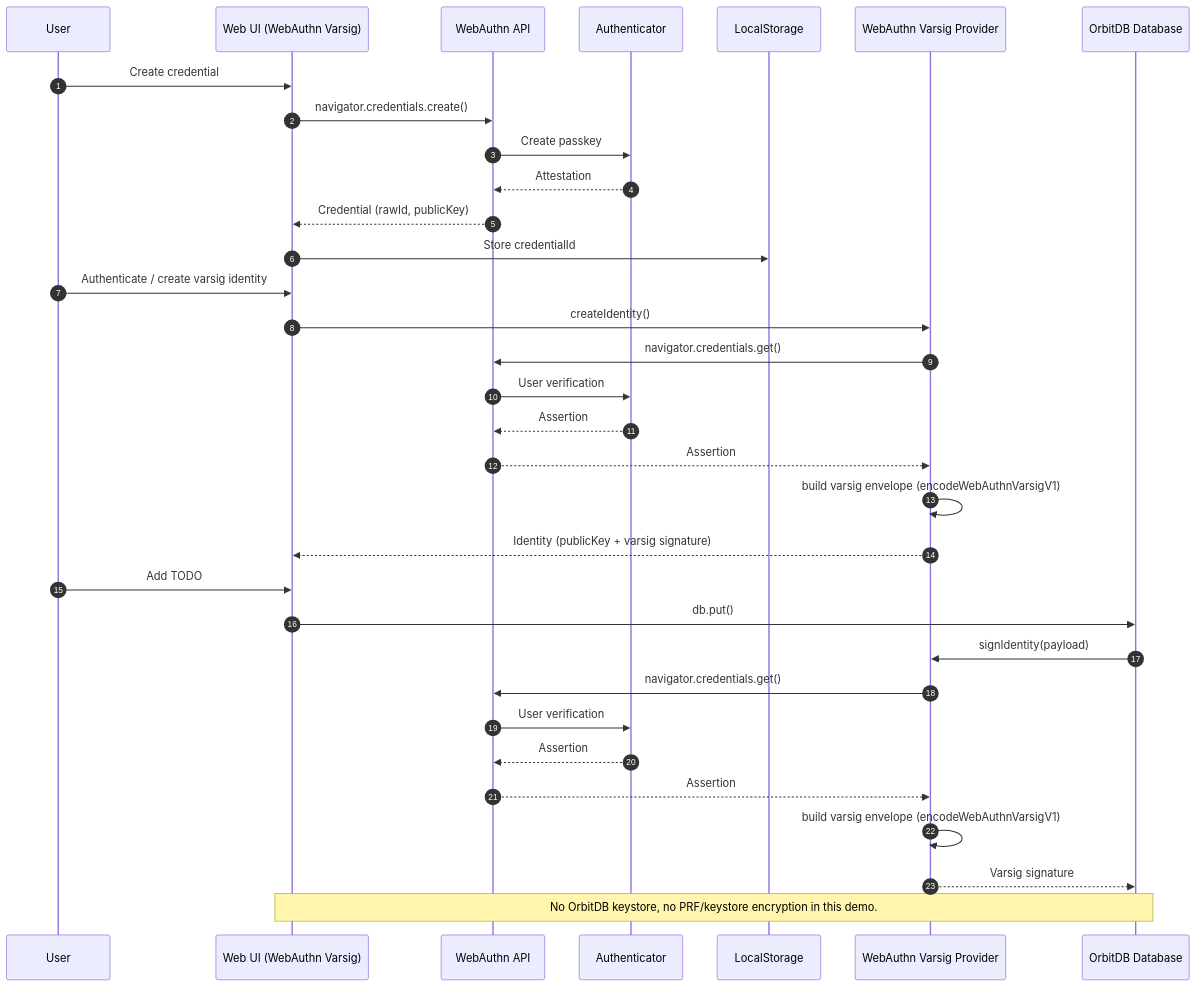
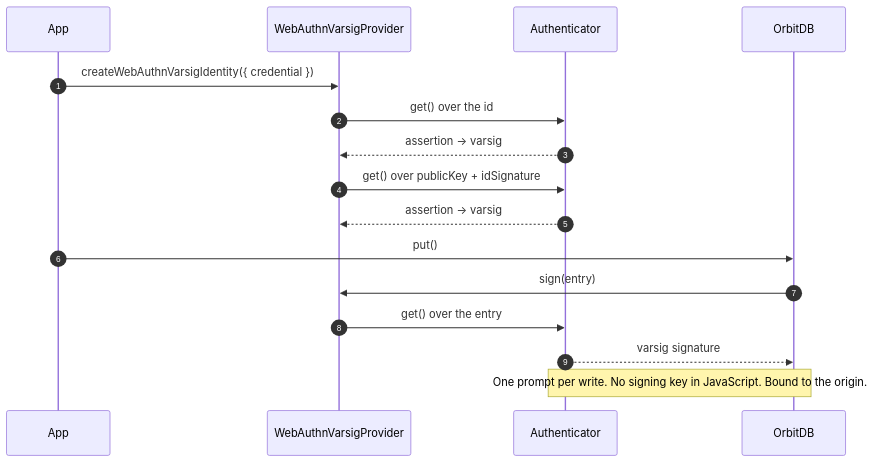
The third of 3 diagrams in docs/EXAMPLE-SEQUENCES.md (Le-Space/orbitdb-identity-provider-webauthn-did), drawn with Mermaid before and after one commit. The commit also changed other lines of this file and 28 other files, not shown here.

First line of the commit message:
refactor(examples): one module per option, and the scripts that never ran are gone (#57)

````diff
--- a/docs/EXAMPLE-SEQUENCES.md
+++ b/docs/EXAMPLE-SEQUENCES.md
@@ -217,39 +90,19 @@
 ```mermaid
 sequenceDiagram
   autonumber
-  participant User
-  participant App as Web UI (WebAuthn Varsig)
-  participant WebAuthn as WebAuthn API
+  participant App
+  participant Prov as WebAuthnVarsigProvider
   participant Auth as Authenticator
-  participant LS as LocalStorage
-  participant Prov as WebAuthn Varsig Provider
-  participant DB as OrbitDB Database
+  participant DB as OrbitDB
 
-  User->>App: Create credential
-  App->>WebAuthn: navigator.credentials.create()
-  WebAuthn->>Auth: Create passkey
-  Auth-->>WebAuthn: Attestation
-  WebAuthn-->>App: Credential (rawId, publicKey)
-  App->>LS: Store credentialId
-
-  User->>App: Authenticate / create varsig identity
-  App->>Prov: createIdentity()
-  Prov->>WebAuthn: navigator.credentials.get()
-  WebAuthn->>Auth: User verification
-  Auth-->>WebAuthn: Assertion
-  WebAuthn-->>Prov: Assertion
-  Prov->>Prov: build varsig envelope (encodeWebAuthnVarsigV1)
-  Prov-->>App: Identity (publicKey + varsig signature)
-
-  User->>App: Add TODO
-  App->>DB: db.put()
-  DB->>Prov: signIdentity(payload)
-  Prov->>WebAuthn: navigator.credentials.get()
-  WebAuthn->>Auth: User verification
-  Auth-->>WebAuthn: Assertion
-  WebAuthn-->>Prov: Assertion
-  Prov->>Prov: build varsig envelope (encodeWebAuthnVarsigV1)
-  Prov-->>DB: Varsig signature
-
-  Note over App,DB: No OrbitDB keystore, no PRF/keystore encryption in this demo.
+  App->>Prov: createWebAuthnVarsigIdentity({ credential })
+  Prov->>Auth: get() over the id
+  Auth-->>Prov: assertion → varsig
+  Prov->>Auth: get() over publicKey + idSignature
+  Auth-->>Prov: assertion → varsig
+  App->>DB: put()
+  DB->>Prov: sign(entry)
+  Prov->>Auth: get() over the entry
+  Auth-->>DB: varsig signature
+  Note over Auth,DB: One prompt per write. No signing key in JavaScript. Bound to the origin.
 ```
````
